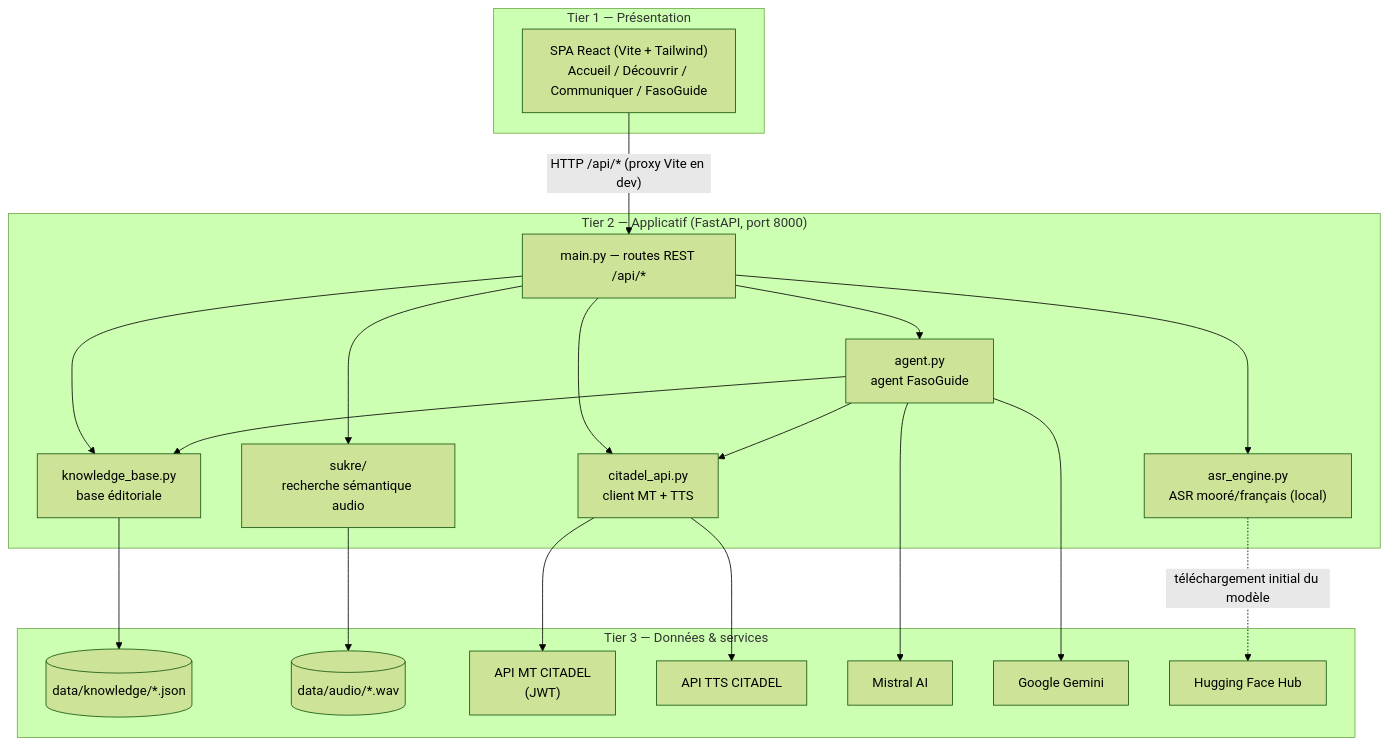
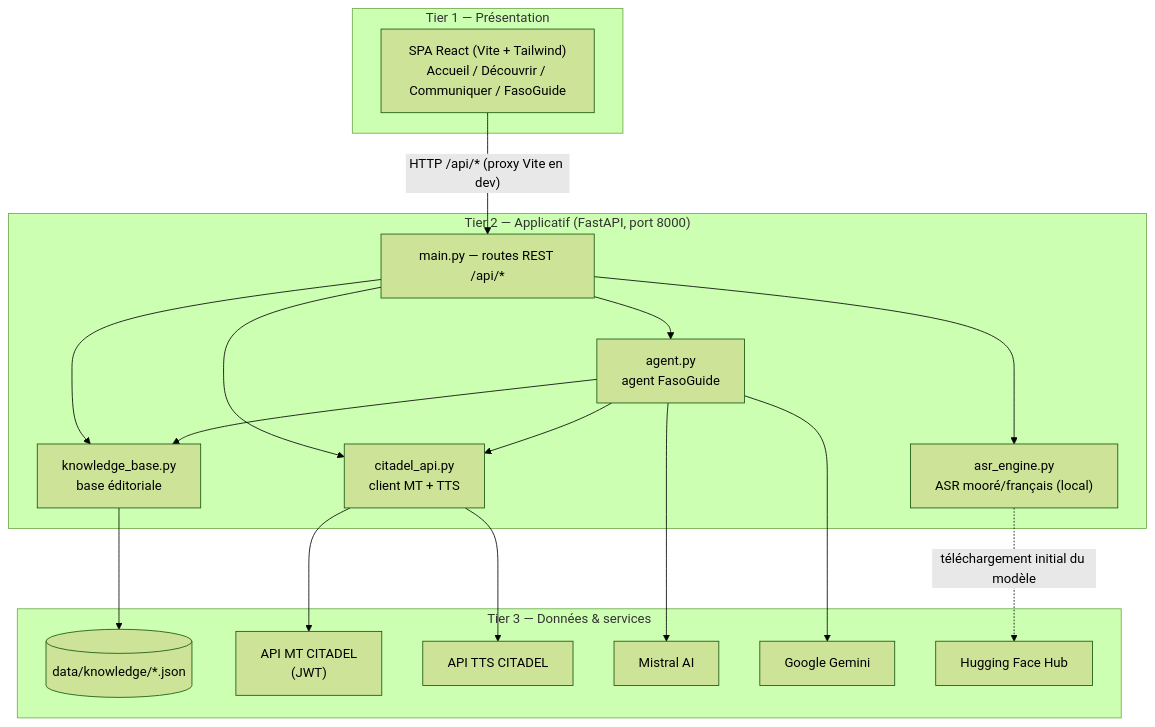
The second of 6 diagrams in docs/documentation.md (UrieThiombiano/FasoTALN), drawn with Mermaid (forest theme) before and after one commit. The commit also changed other lines of this file and 10 other files, not shown here.

First line of the commit message:
Suppression du pipeline SUKRE et de tout stockage audio

````diff
--- a/docs/documentation.md
+++ b/docs/documentation.md
@@ -180,41 +179,37 @@
 ```mermaid
 graph TB
     subgraph T1["Tier 1 — Présentation"]
         SPA["SPA React (Vite + Tailwind)<br/>Accueil / Découvrir / Communiquer / FasoGuide"]
     end
 
     subgraph T2["Tier 2 — Applicatif (FastAPI, port 8000)"]
         API["main.py — routes REST /api/*"]
         ASR["asr_engine.py<br/>ASR mooré/français (local)"]
         CIT["citadel_api.py<br/>client MT + TTS"]
         AG["agent.py<br/>agent FasoGuide"]
         KB["knowledge_base.py<br/>base éditoriale"]
-        SUKRE["sukre/<br/>recherche sémantique audio"]
     end
 
     subgraph T3["Tier 3 — Données & services"]
         JSON[("data/knowledge/*.json")]
-        AUDIO[("data/audio/*.wav")]
         MT["API MT CITADEL<br/>(JWT)"]
         TTS["API TTS CITADEL"]
         MIS["Mistral AI"]
         GEM["Google Gemini"]
         HF["Hugging Face Hub"]
     end
 
     SPA -- "HTTP /api/* (proxy Vite en dev)" --> API
     API --> ASR
     API --> CIT
     API --> AG
     API --> KB
-    API --> SUKRE
     KB --> JSON
-    SUKRE --> AUDIO
     CIT --> MT
     CIT --> TTS
     AG --> MIS
     AG --> GEM
     AG --> KB
     AG --> CIT
     ASR -. "téléchargement initial du modèle" .-> HF
 ```
````
